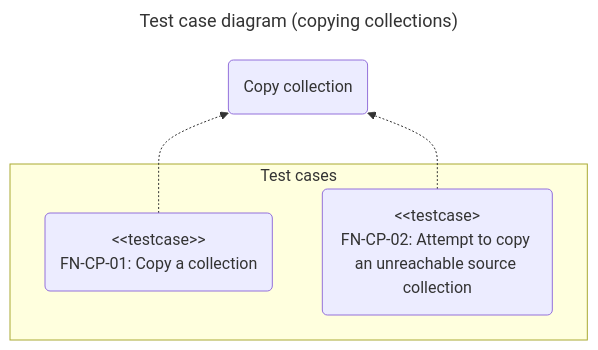
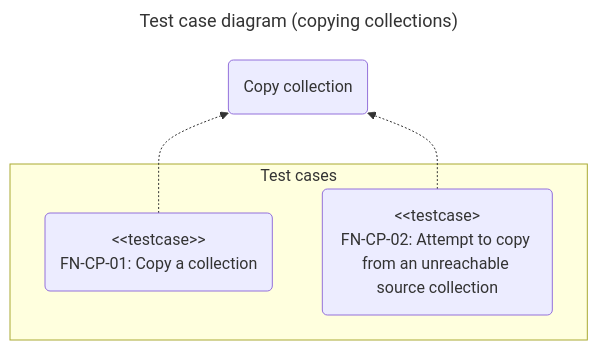
Before and after one commit to chromiodev/chromie-tool: the sixth of 8 diagrams in docs/spec/tests/functional.en.md, drawn with Mermaid. The commit also changed other lines of this file and 8 other files, not shown here.

````diff
--- a/docs/spec/tests/functional.en.md
+++ b/docs/spec/tests/functional.en.md
@@ -520,18 +550,18 @@
 ```mermaid
 ---
 title: Test case diagram (copying collections)
 config:
 ---
 
 graph BT
   %% use cases
   copyColl@{ shape: "rounded", label: "Copy collection" }
 
   subgraph "Test cases"
     copyReachableColl@{ shape: "rounded", label: "#lt;#lt;testcase>><br>FN-CP-01: Copy a collection" }
-    copyNonReachableColl@{ shape: "rounded", label: "#lt;#lt;testcase><br>FN-CP-02: Attempt to copy an unreachable source collection" }
+    copyNonReachableColl@{ shape: "rounded", label: "#lt;#lt;testcase><br>FN-CP-02: Attempt to copy from an unreachable source collection" }
   end
 
   copyReachableColl -.-> copyColl
   copyNonReachableColl -.-> copyColl
 ```
````
